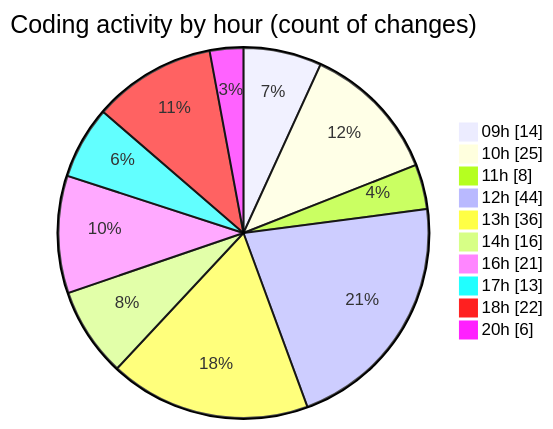
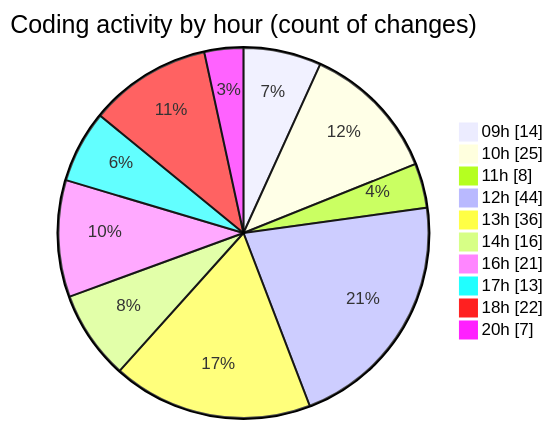
One commit to momahboobian/code-tracking changed the second of 2 diagrams in 2025-06-03/cda/README.md. Above: the diagram before and after it, drawn with Mermaid. The commit also changed other lines of this file and 1 other file, not shown here.

````diff
--- a/2025-06-03/cda/README.md
+++ b/2025-06-03/cda/README.md
@@ -37,14 +38,14 @@
 ```mermaid
 pie showData
 title Coding activity by hour (count of changes)
 "09h" : 14
 "10h" : 25
 "11h" : 8
 "12h" : 44
 "13h" : 36
 "14h" : 16
 "16h" : 21
 "17h" : 13
 "18h" : 22
-"20h" : 6
+"20h" : 7
 ```
````
